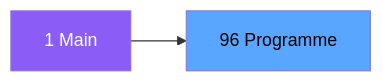
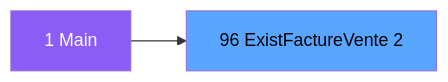
The second of 3 diagrams in .openspec/specs/ADH-IDE-96.md (thonyAGP/magic-migration), drawn with Mermaid before and after one commit. The commit also changed other lines of this file and 323 other files, not shown here.

````diff
--- a/.openspec/specs/ADH-IDE-96.md
+++ b/.openspec/specs/ADH-IDE-96.md
@@ -101,8 +115,8 @@
 ```mermaid
 graph LR
     M[1 Main]
-    T[96 Programme]
+    T[96 ExistFactureVente 2]
     M --> T
     style M fill:#8b5cf6,color:#fff
     style T fill:#58a6ff,color:#000
 ```
````
